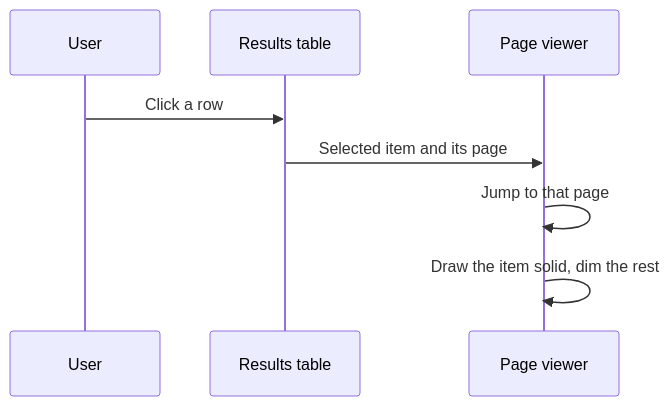
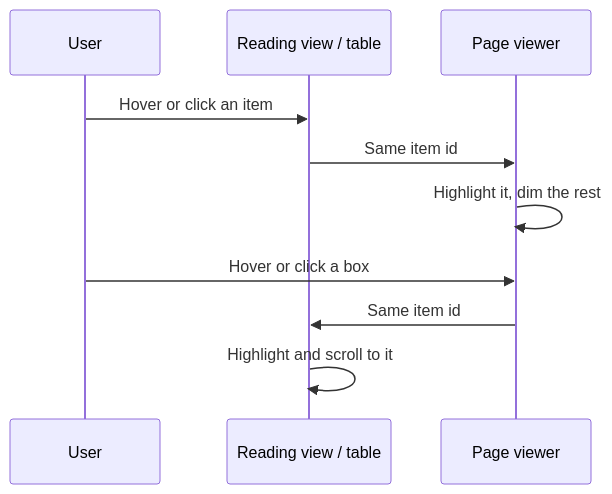
One commit to mohamedtaha77/sky-di changed the third of 3 diagrams in README.md. Above: the diagram before and after it, drawn with Mermaid. The commit also changed other lines of this file and 14 other files, not shown here.

First line of the commit message:
Add interactive page viewer, reading view and compare mode

````diff
--- a/README.md
+++ b/README.md
@@ -31,10 +69,12 @@
 ```mermaid
 sequenceDiagram
     participant U as User
-    participant T as Results table
+    participant R as Reading view / table
     participant V as Page viewer
-    U->>T: Click a row
-    T->>V: Selected item and its page
-    V->>V: Jump to that page
-    V->>V: Draw the item solid, dim the rest
+    U->>R: Hover or click an item
+    R->>V: Same item id
+    V->>V: Highlight it, dim the rest
+    U->>V: Hover or click a box
+    V->>R: Same item id
+    R->>R: Highlight and scroll to it
 ```
````
